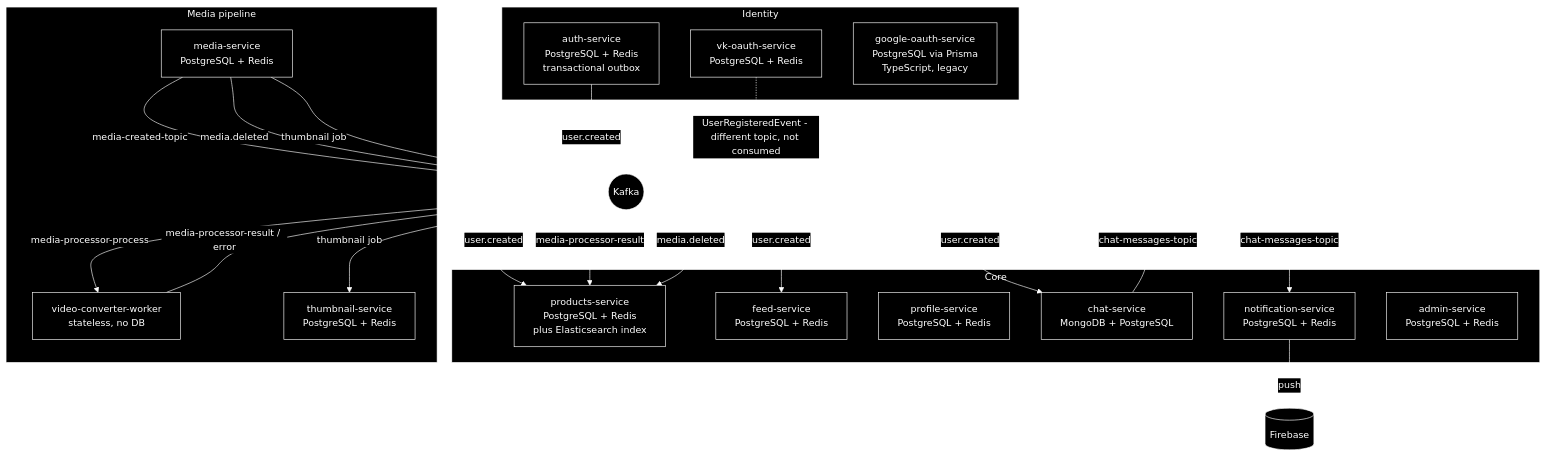
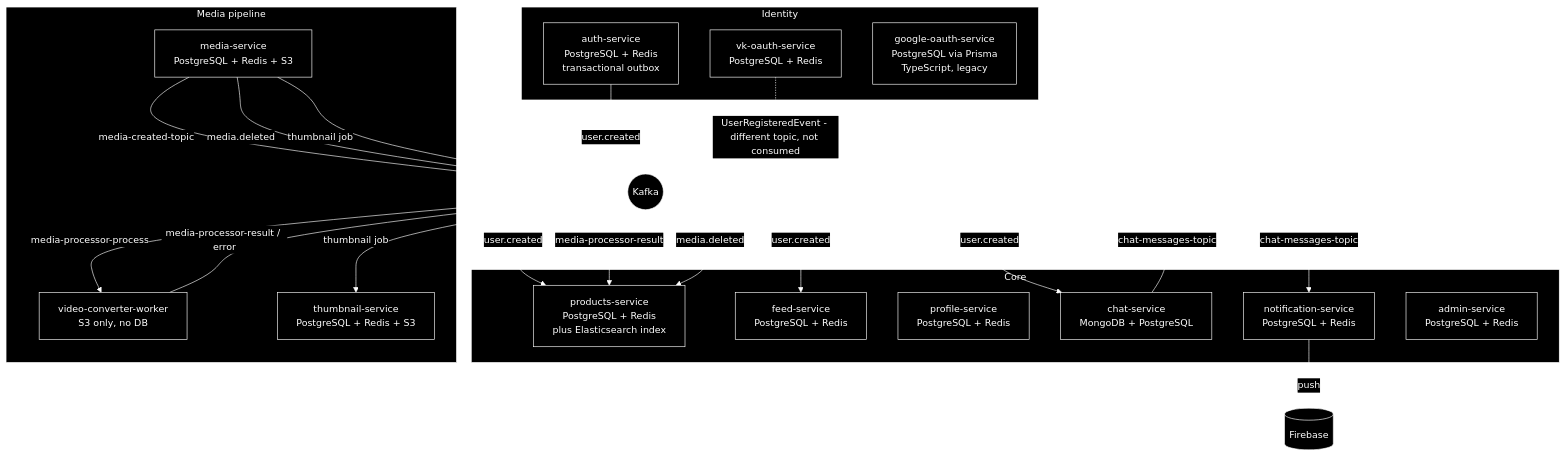
One commit to v3xtr/matreshka changed the diagram in README.md. Above: the diagram before and after it, drawn with Mermaid.

Commit message:
docs: show S3 on the media pipeline diagram nodes
Verified against build.gradle: only media-service,
video-converter-worker, and thumbnail-service carry the AWS S3 SDK.
It was already correct in the data-stores table/prose but missing
from the diagram nodes themselves, same gap as the earlier
Postgres/Redis fix.

````diff
--- a/README.md
+++ b/README.md
@@ -27,58 +27,58 @@
 ```mermaid
 %%{init: {'theme': 'base', 'themeVariables': {
     'background': '#000000',
     'primaryColor': '#000000',
     'primaryTextColor': '#ffffff',
     'primaryBorderColor': '#ffffff',
     'lineColor': '#ffffff',
     'secondaryColor': '#000000',
     'tertiaryColor': '#000000',
     'clusterBkg': '#000000',
     'clusterBorder': '#ffffff',
     'edgeLabelBackground': '#000000',
     'fontSize': '15px'
 }}}%%
 flowchart TB
     subgraph Identity
         AUTH[auth-service<br/>PostgreSQL + Redis<br/>transactional outbox]
         VK[vk-oauth-service<br/>PostgreSQL + Redis]
         GOOGLE[google-oauth-service<br/>PostgreSQL via Prisma<br/>TypeScript, legacy]
     end
 
     subgraph Core
         PRODUCTS[products-service<br/>PostgreSQL + Redis<br/>plus Elasticsearch index]
         FEED[feed-service<br/>PostgreSQL + Redis]
         PROFILE[profile-service<br/>PostgreSQL + Redis]
         CHAT[chat-service<br/>MongoDB + PostgreSQL]
         NOTIF[notification-service<br/>PostgreSQL + Redis]
         ADMIN[admin-service<br/>PostgreSQL + Redis]
     end
 
     subgraph MediaPipeline[Media pipeline]
-        MEDIA[media-service<br/>PostgreSQL + Redis]
-        CONVERTER[video-converter-worker<br/>stateless, no DB]
-        THUMB[thumbnail-service<br/>PostgreSQL + Redis]
+        MEDIA[media-service<br/>PostgreSQL + Redis + S3]
+        CONVERTER[video-converter-worker<br/>S3 only, no DB]
+        THUMB[thumbnail-service<br/>PostgreSQL + Redis + S3]
     end
 
     KAFKA((Kafka))
 
     AUTH -- user.created --> KAFKA
     KAFKA -- user.created --> PRODUCTS
     KAFKA -- user.created --> FEED
     KAFKA -- user.created --> CHAT
 
     VK -. UserRegisteredEvent - different topic, not consumed .-> KAFKA
 
     MEDIA -- media-created-topic --> KAFKA
     KAFKA -- media-processor-process --> CONVERTER
     CONVERTER -- media-processor-result / error --> KAFKA
     KAFKA -- media-processor-result --> PRODUCTS
     MEDIA -- media.deleted --> KAFKA
     KAFKA -- media.deleted --> PRODUCTS
     MEDIA -- thumbnail job --> KAFKA
     KAFKA -- thumbnail job --> THUMB
 
     CHAT -- chat-messages-topic --> KAFKA
     KAFKA -- chat-messages-topic --> NOTIF
     NOTIF -- push --> FCM[(Firebase)]
 ```
````
